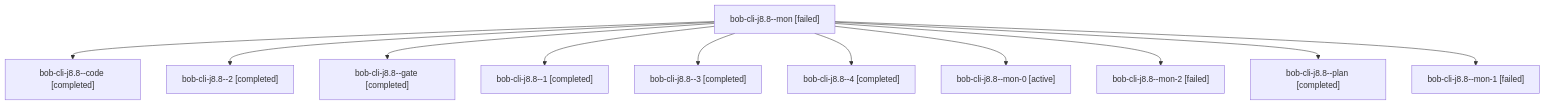
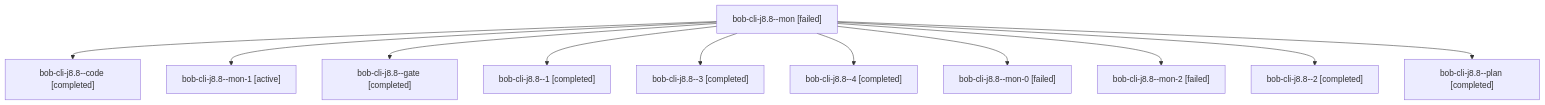
Before and after one commit to bobs-org/bob-cli--agents: the diagram in sessions/bbugyi200.apollo.bob-cli-j8.8.md, drawn with Mermaid. The commit also changed other lines of this file and 82 other files, not shown here.

````diff
--- a/sessions/bbugyi200.apollo.bob-cli-j8.8.md
+++ b/sessions/bbugyi200.apollo.bob-cli-j8.8.md
@@ -9,24 +9,24 @@
 ```mermaid
 flowchart TD
   n0["bob-cli-j8.8--mon [failed]"]
   n1["bob-cli-j8.8--code [completed]"]
   n0 --> n1
-  n2["bob-cli-j8.8--2 [completed]"]
+  n2["bob-cli-j8.8--mon-1 [active]"]
   n0 --> n2
   n3["bob-cli-j8.8--gate [completed]"]
   n0 --> n3
   n4["bob-cli-j8.8--1 [completed]"]
   n0 --> n4
   n5["bob-cli-j8.8--3 [completed]"]
   n0 --> n5
   n6["bob-cli-j8.8--4 [completed]"]
   n0 --> n6
-  n7["bob-cli-j8.8--mon-0 [active]"]
+  n7["bob-cli-j8.8--mon-0 [failed]"]
   n0 --> n7
   n8["bob-cli-j8.8--mon-2 [failed]"]
   n0 --> n8
-  n9["bob-cli-j8.8--plan [completed]"]
+  n9["bob-cli-j8.8--2 [completed]"]
   n0 --> n9
-  n10["bob-cli-j8.8--mon-1 [failed]"]
+  n10["bob-cli-j8.8--plan [completed]"]
   n0 --> n10
 ```
````
